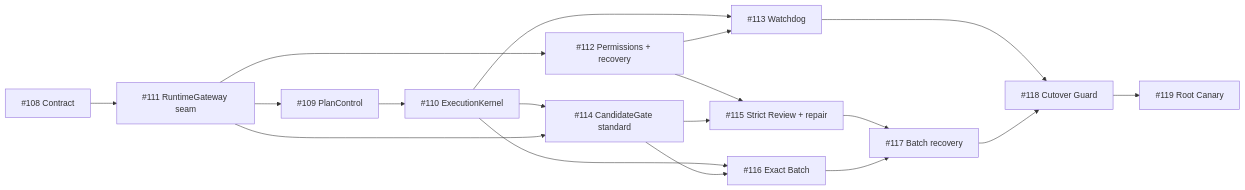
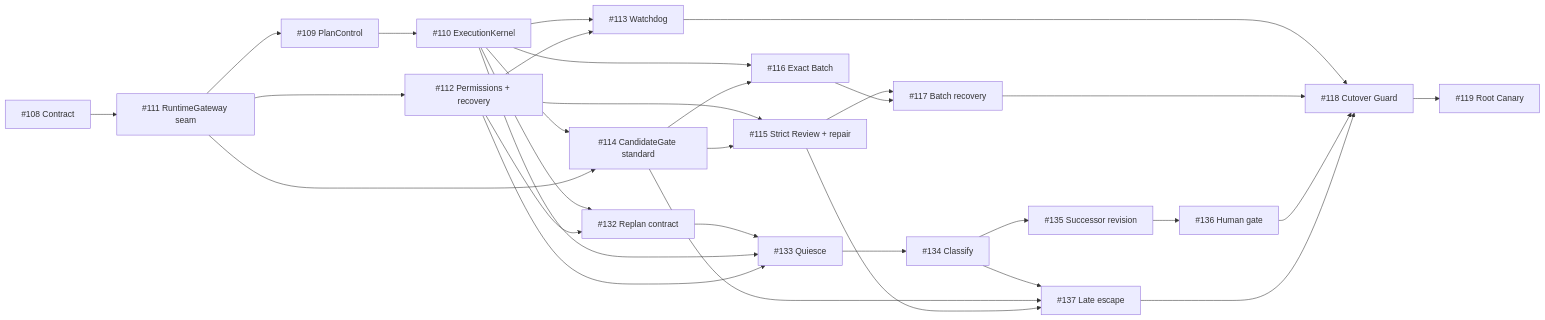
One commit to NOirBRight/github-work-orchestrator changed the diagram in docs/design/gwo-v8-lean-roadmap.md. Above: the diagram before and after it, drawn with Mermaid. The commit also changed other lines of this file and 9 other files, not shown here.

````diff
--- a/docs/design/gwo-v8-lean-roadmap.md
+++ b/docs/design/gwo-v8-lean-roadmap.md
@@ -64,20 +73,33 @@
 ```mermaid
 flowchart LR
     T108["#108 Contract"] --> T111["#111 RuntimeGateway seam"]
     T111 --> T109["#109 PlanControl"]
     T109 --> T110["#110 ExecutionKernel"]
     T111 --> T112["#112 Permissions + recovery"]
     T110 --> T113["#113 Watchdog"]
     T112 --> T113
     T110 --> T114["#114 CandidateGate standard"]
     T111 --> T114
     T112 --> T115["#115 Strict Review + repair"]
     T114 --> T115
     T110 --> T116["#116 Exact Batch"]
     T114 --> T116
     T115 --> T117["#117 Batch recovery"]
     T116 --> T117
+    T110 --> T132["#132 Replan contract"]
+    T112 --> T132
+    T132 --> T133["#133 Quiesce"]
+    T110 --> T133
+    T112 --> T133
+    T133 --> T134["#134 Classify"]
+    T134 --> T135["#135 Successor revision"]
+    T135 --> T136["#136 Human gate"]
+    T134 --> T137["#137 Late escape"]
+    T114 --> T137
+    T115 --> T137
     T113 --> T118["#118 Cutover Guard"]
     T117 --> T118
+    T136 --> T118
+    T137 --> T118
     T118 --> T119["#119 Root Canary"]
 ```
````
